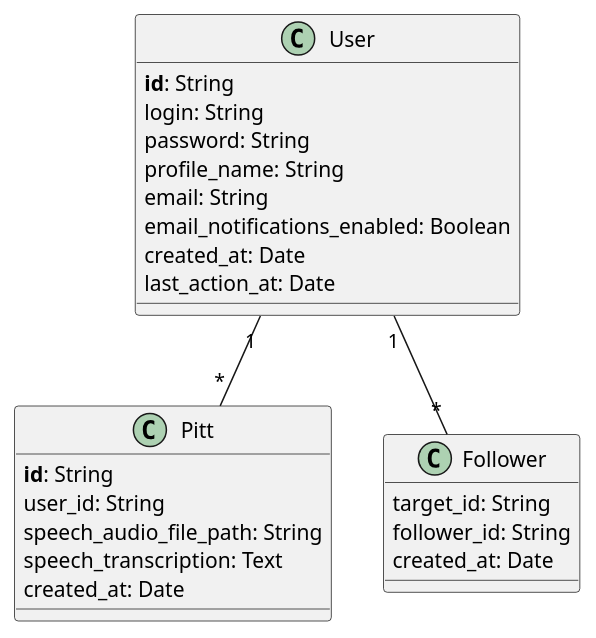
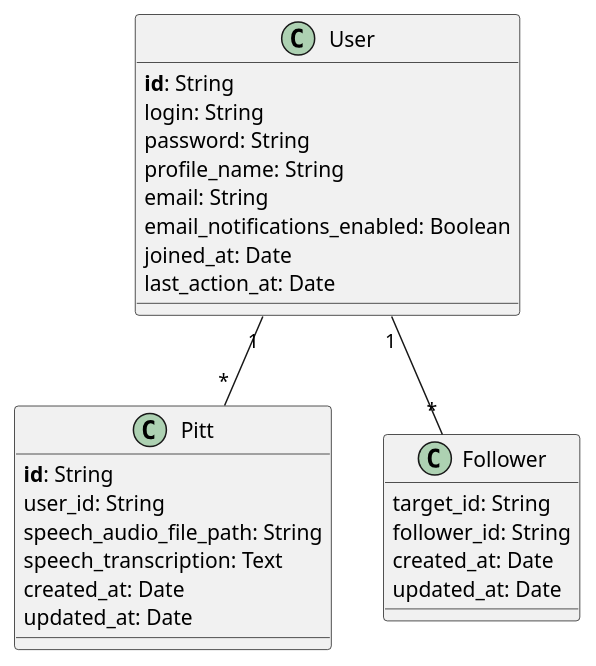
Before and after one commit to akkireev/pitter-backend-sync: the diagram in additional/pitter_db_structure.puml, drawn with PlantUML. The commit also changed 1 other file, not shown here.

```diff
--- a/additional/pitter_db_structure.puml
+++ b/additional/pitter_db_structure.puml
@@ -1,31 +1,33 @@
 @startuml
 
 class User {
 <b>id</b>: String
 login: String
 password: String
 profile_name: String
 email: String
 email_notifications_enabled: Boolean
-created_at: Date
+joined_at: Date
 last_action_at: Date
 }
 
 class Pitt {
 <b>id</b>: String
 user_id: String
 speech_audio_file_path: String
 speech_transcription: Text
 created_at: Date
+updated_at: Date
 }
 
 class Follower {
 target_id: String
 follower_id: String
 created_at: Date
+updated_at: Date
 }
 
 User "1" -- "*" Pitt
 User "1" -- "*" Follower
 
 @enduml
```
